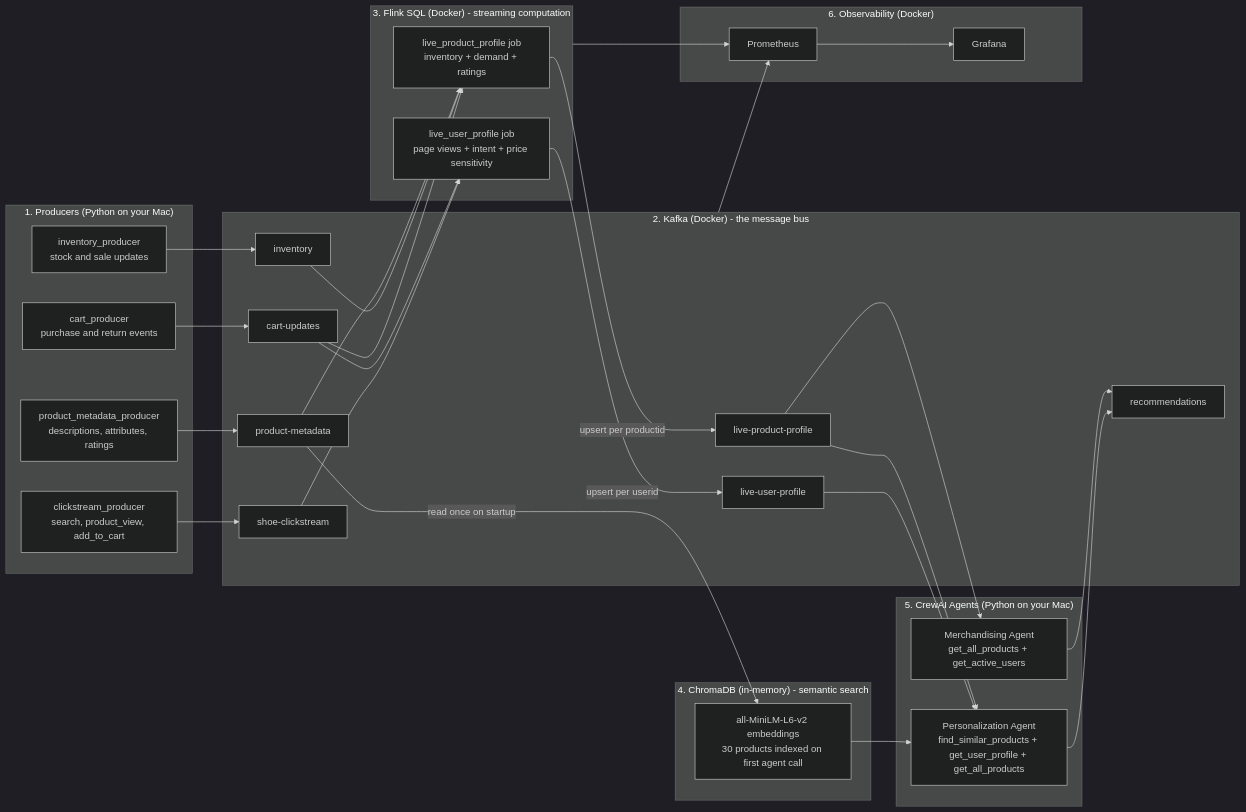
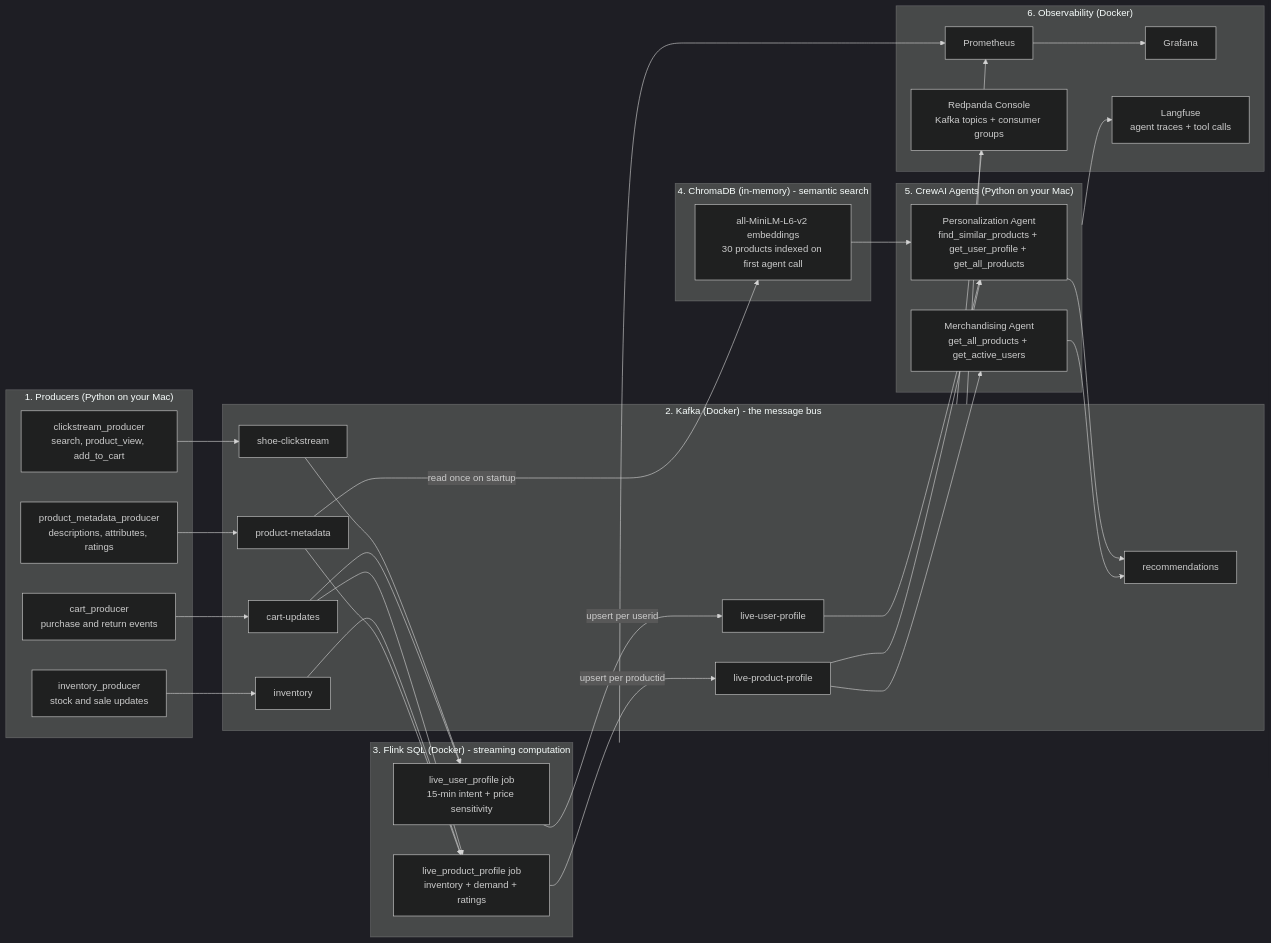
One commit to AdvaitDarbare/realtime-personalization-engine changed the first of 3 diagrams in README.md. Above: the diagram before and after it, drawn with Mermaid (dark theme). The commit also changed other lines of this file and 15 other files, not shown here.

````diff
--- a/README.md
+++ b/README.md
@@ -27,65 +27,69 @@
 ```mermaid
 flowchart LR
     subgraph Producers["1. Producers (Python on your Mac)"]
         C["clickstream_producer\nsearch, product_view, add_to_cart"]
         O["cart_producer\npurchase and return events"]
         I["inventory_producer\nstock and sale updates"]
         M["product_metadata_producer\ndescriptions, attributes, ratings"]
     end
 
     subgraph Kafka["2. Kafka (Docker) - the message bus"]
         TC["shoe-clickstream"]
         TO["cart-updates"]
         TI["inventory"]
         TM["product-metadata"]
         TUP["live-user-profile"]
         TPP["live-product-profile"]
         TR["recommendations"]
     end
 
     subgraph Flink["3. Flink SQL (Docker) - streaming computation"]
-        FU["live_user_profile job\npage views + intent + price sensitivity"]
+        FU["live_user_profile job\n15-min intent + price sensitivity"]
         FP["live_product_profile job\ninventory + demand + ratings"]
     end
 
     subgraph VectorDB["4. ChromaDB (in-memory) - semantic search"]
         VDB["all-MiniLM-L6-v2 embeddings\n30 products indexed on first agent call"]
     end
 
     subgraph Agents["5. CrewAI Agents (Python on your Mac)"]
         PA["Personalization Agent\nfind_similar_products + get_user_profile + get_all_products"]
         MA["Merchandising Agent\nget_all_products + get_active_users"]
     end
 
     subgraph Dashboard["6. Observability (Docker)"]
         P["Prometheus"]
         G["Grafana"]
+        RC["Redpanda Console\nKafka topics + consumer groups"]
+        LF["Langfuse\nagent traces + tool calls"]
     end
 
     C --> TC
     O --> TO
     I --> TI
     M --> TM
 
     TC --> FU
     TO --> FU
     TO --> FP
     TI --> FP
     TM --> FP
 
     FU -->|"upsert per userid"| TUP
     FP -->|"upsert per productid"| TPP
 
     TM -->|"read once on startup"| VDB
 
     TUP --> PA
     TPP --> PA
     TPP --> MA
     VDB --> PA
 
     PA --> TR
     MA --> TR
 
     Kafka --> P --> G
+    Kafka --> RC
     Flink --> P
+    Agents --> LF
 ```
````
